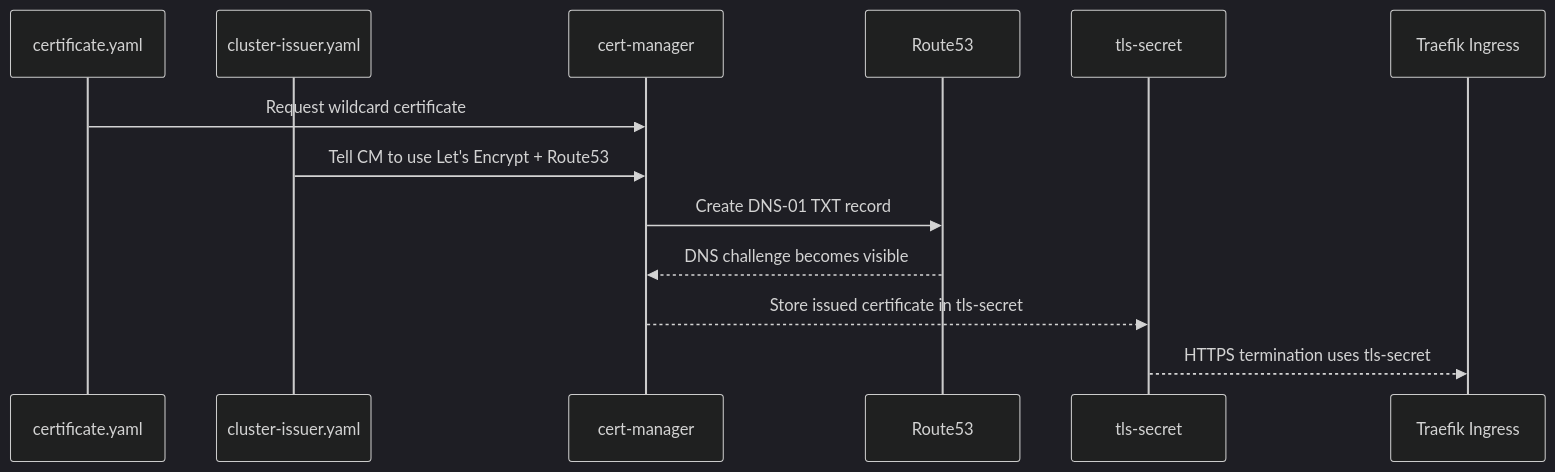
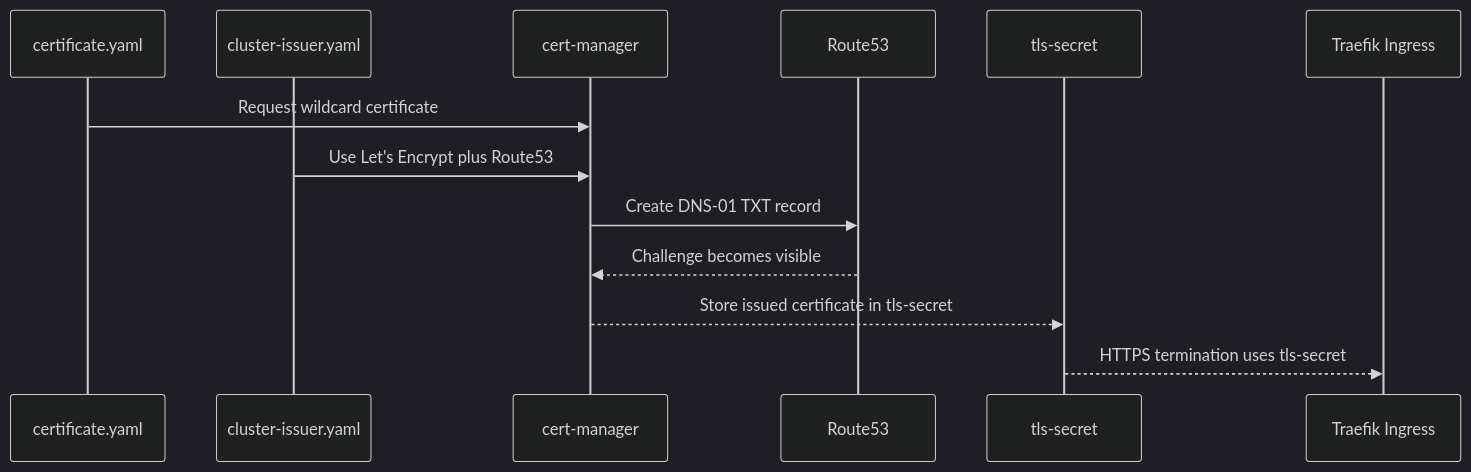
Before and after one commit to bookseal/bit-habit-infra: the fifth of 6 diagrams in README.md, drawn with Mermaid (dark theme). The commit also changed other lines of this file and 10 other files, not shown here.

````diff
--- a/README.md
+++ b/README.md
@@ -281,16 +279,16 @@
 ```mermaid
 sequenceDiagram
     participant Cert as certificate.yaml
     participant Issuer as cluster-issuer.yaml
     participant CM as cert-manager
     participant AWS as Route53
     participant Secret as tls-secret
     participant Ingress as Traefik Ingress
 
     Cert->>CM: Request wildcard certificate
-    Issuer->>CM: Tell CM to use Let's Encrypt + Route53
+    Issuer->>CM: Use Let's Encrypt plus Route53
     CM->>AWS: Create DNS-01 TXT record
-    AWS-->>CM: DNS challenge becomes visible
+    AWS-->>CM: Challenge becomes visible
     CM-->>Secret: Store issued certificate in tls-secret
     Secret-->>Ingress: HTTPS termination uses tls-secret
 ```
````
